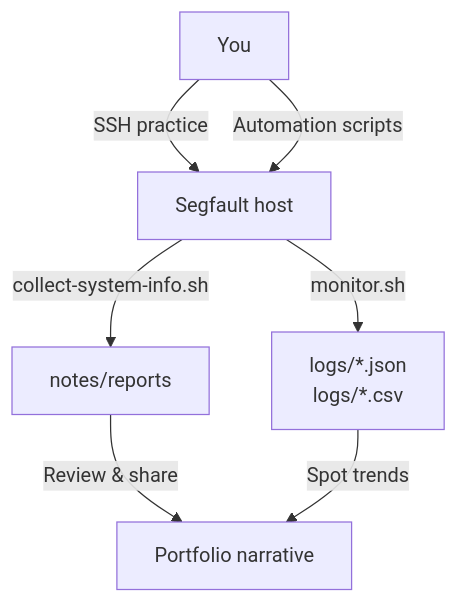
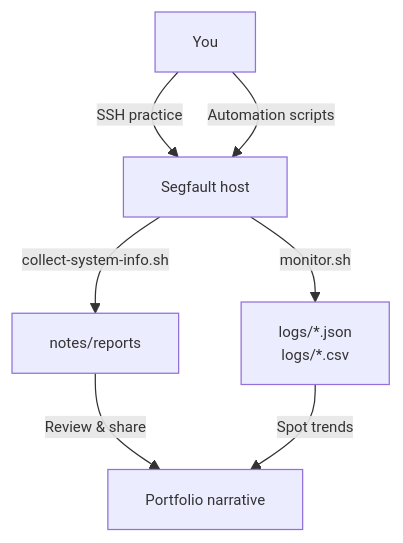
The first of 2 diagrams in README.md (Prashant-b97/remote-linux-lab), drawn with Mermaid before and after one commit. The commit also changed other lines of this file, not shown here.

````diff
--- a/README.md
+++ b/README.md
@@ -20,9 +20,10 @@
 ```mermaid
+%%{init: {'flowchart': {'htmlLabels': true, 'curve': 'basis'}, 'themeVariables': { 'fontSize': '12px' }}}%%
 flowchart TD
-    you["You"] -->|"SSH practice"| segfaultHost["Segfault host"]
-    you -->|"Automation scripts"| segfaultHost
-    segfaultHost -->|"collect-system-info.sh"| markdownReports["notes/reports"]
-    segfaultHost -->|"monitor.sh"| metricsArtifacts["logs/*.json\nlogs/*.csv"]
-    markdownReports -->|"Review & share"| portfolio["Portfolio narrative"]
-    metricsArtifacts -->|"Spot trends"| portfolio
+  you["You"] -->|"SSH practice"| segfaultHost["Segfault host"]
+  you -->|"Automation scripts"| segfaultHost
+  segfaultHost -->|"collect-system-info.sh"| markdownReports["notes/reports"]
+  segfaultHost -->|"monitor.sh"| metricsArtifacts["logs/*.json<br/>logs/*.csv"]
+  markdownReports -->|"Review & share"| portfolio["Portfolio narrative"]
+  metricsArtifacts -->|"Spot trends"| portfolio
 ```
````
